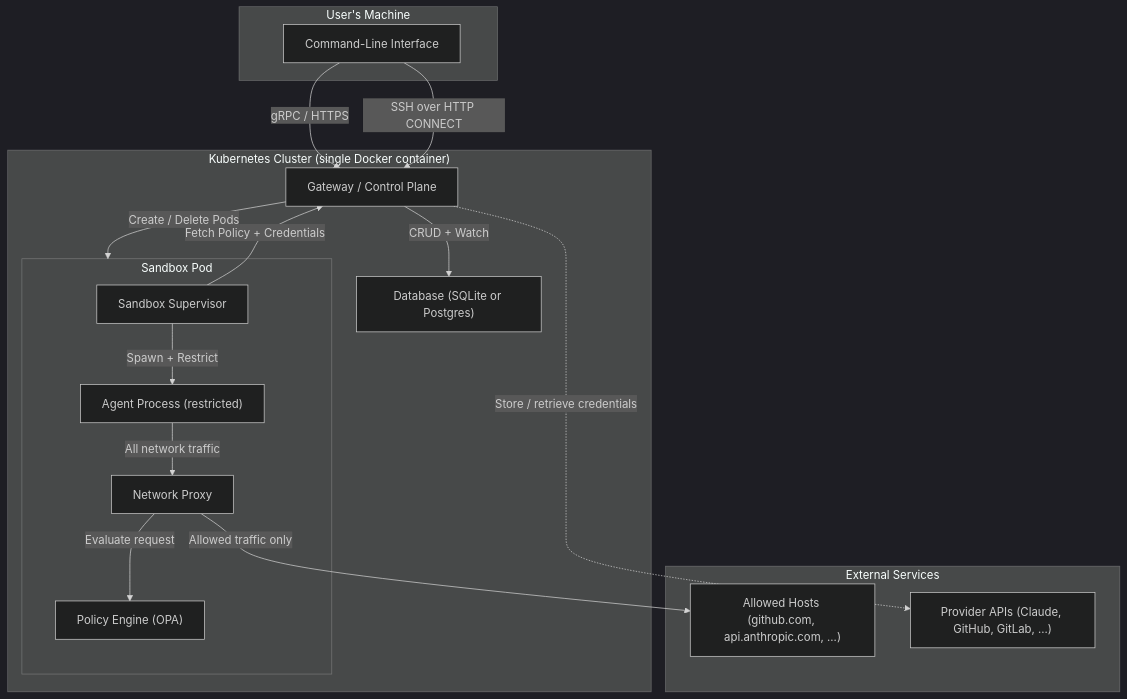
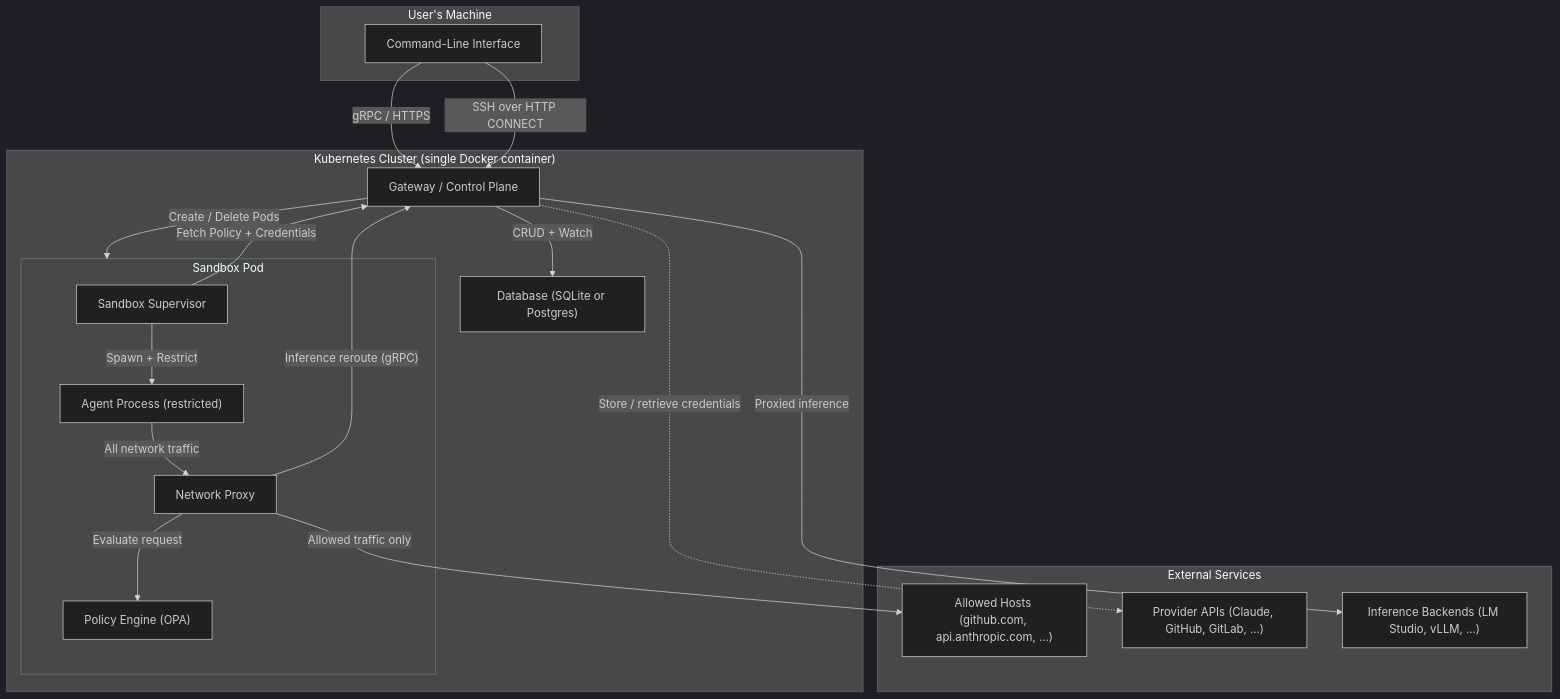
One commit to NVIDIA/OpenShell changed the diagram in architecture/README.md. Above: the diagram before and after it, drawn with Mermaid (dark theme). The commit also changed other lines of this file and 44 other files, not shown here.

````diff
--- a/architecture/README.md
+++ b/architecture/README.md
@@ -15,34 +15,37 @@
 ```mermaid
 flowchart TB
     subgraph USER["User's Machine"]
         CLI["Command-Line Interface"]
     end
 
     subgraph CLUSTER["Kubernetes Cluster (single Docker container)"]
         SERVER["Gateway / Control Plane"]
         DB["Database (SQLite or Postgres)"]
 
         subgraph SBX["Sandbox Pod"]
             SUPERVISOR["Sandbox Supervisor"]
             PROXY["Network Proxy"]
             CHILD["Agent Process (restricted)"]
             OPA["Policy Engine (OPA)"]
         end
     end
 
     subgraph EXT["External Services"]
         HOSTS["Allowed Hosts (github.com, api.anthropic.com, ...)"]
         CREDS["Provider APIs (Claude, GitHub, GitLab, ...)"]
+        BACKEND["Inference Backends (LM Studio, vLLM, ...)"]
     end
 
     CLI -- "gRPC / HTTPS" --> SERVER
     CLI -- "SSH over HTTP CONNECT" --> SERVER
     SERVER -- "CRUD + Watch" --> DB
     SERVER -- "Create / Delete Pods" --> SBX
     SUPERVISOR -- "Fetch Policy + Credentials" --> SERVER
     SUPERVISOR -- "Spawn + Restrict" --> CHILD
     CHILD -- "All network traffic" --> PROXY
     PROXY -- "Evaluate request" --> OPA
     PROXY -- "Allowed traffic only" --> HOSTS
+    PROXY -- "Inference reroute (gRPC)" --> SERVER
+    SERVER -- "Proxied inference" --> BACKEND
     SERVER -. "Store / retrieve credentials" .-> CREDS
 ```
````
